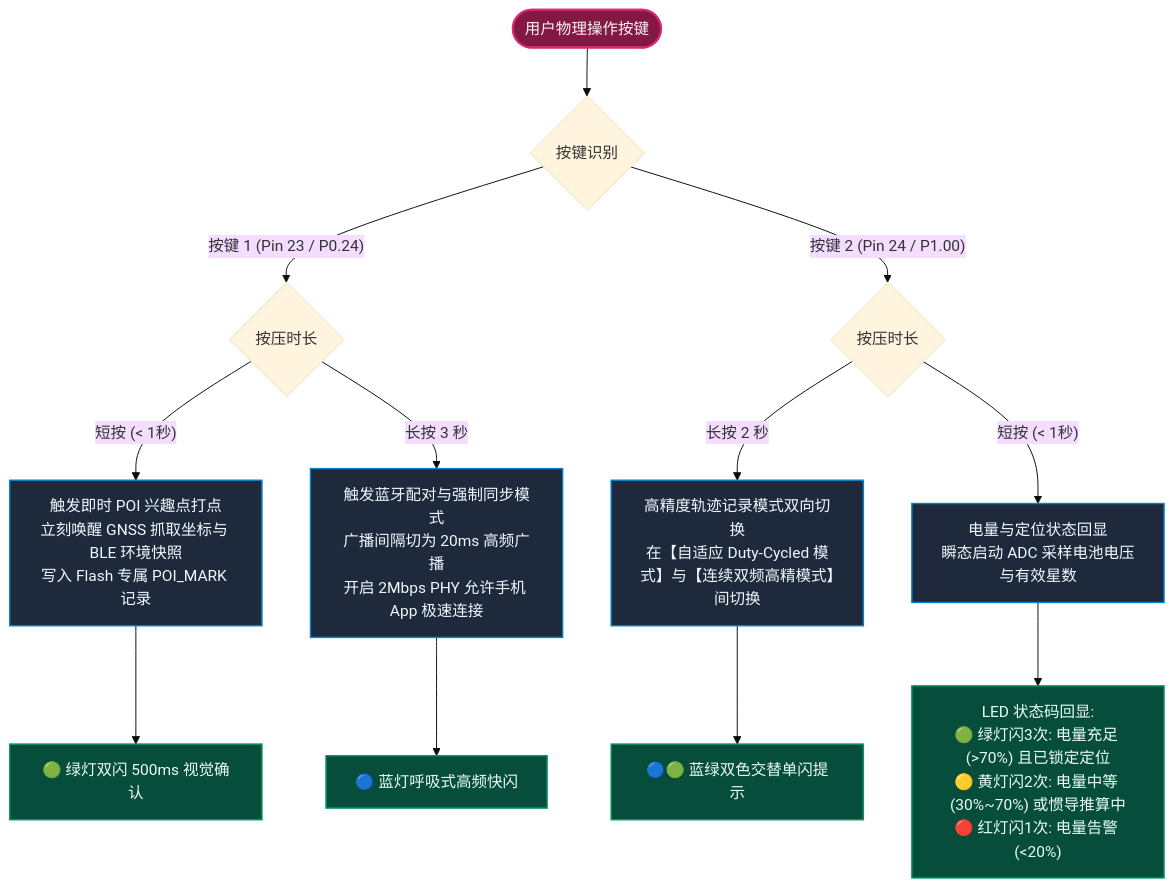
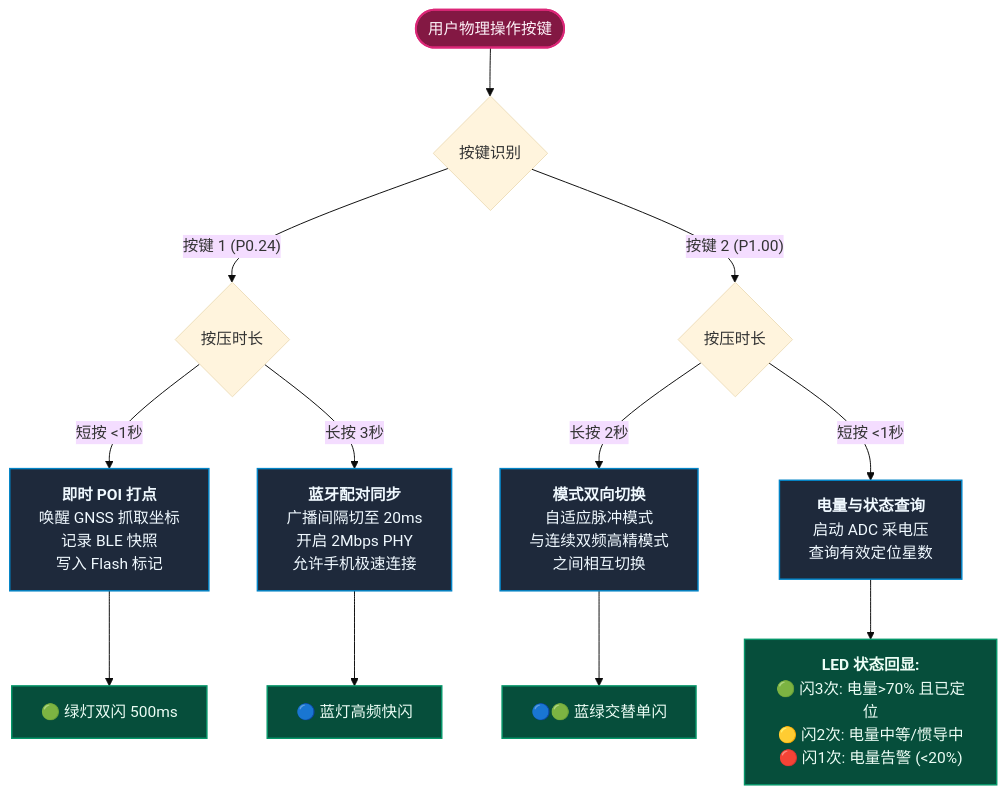
One commit to suntyrael/Life_GPS changed the second of 6 diagrams in README.md. Above: the diagram before and after it, drawn with Mermaid (base theme). The commit also changed other lines of this file and 1 other file, not shown here.

````diff
--- a/README.md
+++ b/README.md
@@ -356,22 +361,22 @@
 ```mermaid
 flowchart TD
     classDef key fill:#831843,stroke:#db2777,stroke-width:2px,color:#fdf2f8;
     classDef act fill:#1e293b,stroke:#0284c7,stroke-width:1.5px,color:#f0f9ff;
     classDef led fill:#064e3b,stroke:#059669,stroke-width:1.5px,color:#ecfdf5;
 
     START(["用户物理操作按键"]):::key --> BRANCH{"按键识别"}
 
-    BRANCH -->|"按键 1 (Pin 23 / P0.24)"| K1{"按压时长"}
-    K1 -->|"短按 (< 1秒)"| POI["触发即时 POI 兴趣点打点<br/>立刻唤醒 GNSS 抓取坐标与 BLE 环境快照<br/>写入 Flash 专属 POI_MARK 记录"]:::act
-    POI --> POI_LED["🟢 绿灯双闪 500ms 视觉确认"]:::led
+    BRANCH -->|"按键 1 (P0.24)"| K1{"按压时长"}
+    K1 -->|"短按 &lt;1秒"| POI["<b>即时 POI 打点</b><br/>唤醒 GNSS 抓取坐标<br/>记录 BLE 快照<br/>写入 Flash 标记"]:::act
+    POI --> POI_LED["🟢 绿灯双闪 500ms"]:::led
 
-    K1 -->|"长按 3 秒"| PAIR["触发蓝牙配对与强制同步模式<br/>广播间隔切为 20ms 高频广播<br/>开启 2Mbps PHY 允许手机 App 极速连接"]:::act
-    PAIR --> PAIR_LED["🔵 蓝灯呼吸式高频快闪"]:::led
+    K1 -->|"长按 3秒"| PAIR["<b>蓝牙配对同步</b><br/>广播间隔切至 20ms<br/>开启 2Mbps PHY<br/>允许手机极速连接"]:::act
+    PAIR --> PAIR_LED["🔵 蓝灯高频快闪"]:::led
 
-    BRANCH -->|"按键 2 (Pin 24 / P1.00)"| K2{"按压时长"}
-    K2 -->|"长按 2 秒"| TOGGLE["高精度轨迹记录模式双向切换<br/>在【自适应 Duty-Cycled 模式】与【连续双频高精模式】间切换"]:::act
-    TOGGLE --> TOG_LED["🔵🟢 蓝绿双色交替单闪提示"]:::led
+    BRANCH -->|"按键 2 (P1.00)"| K2{"按压时长"}
+    K2 -->|"长按 2秒"| TOGGLE["<b>模式双向切换</b><br/>自适应脉冲模式<br/>与连续双频高精模式<br/>之间相互切换"]:::act
+    TOGGLE --> TOG_LED["🔵🟢 蓝绿交替单闪"]:::led
 
-    K2 -->|"短按 (< 1秒)"| QUERY["电量与定位状态回显<br/>瞬态启动 ADC 采样电池电压与有效星数"]:::act
-    QUERY --> Q_LED["LED 状态码回显:<br/>🟢 绿灯闪3次: 电量充足 (>70%) 且已锁定定位<br/>🟡 黄灯闪2次: 电量中等 (30%~70%) 或惯导推算中<br/>🔴 红灯闪1次: 电量告警 (<20%)"]:::led
+    K2 -->|"短按 &lt;1秒"| QUERY["<b>电量与状态查询</b><br/>启动 ADC 采电压<br/>查询有效定位星数"]:::act
+    QUERY --> Q_LED["<b>LED 状态回显:</b><br/>🟢 闪3次: 电量&gt;70% 且已定位<br/>🟡 闪2次: 电量中等/惯导中<br/>🔴 闪1次: 电量告警 (&lt;20%)"]:::led
 ```
````
